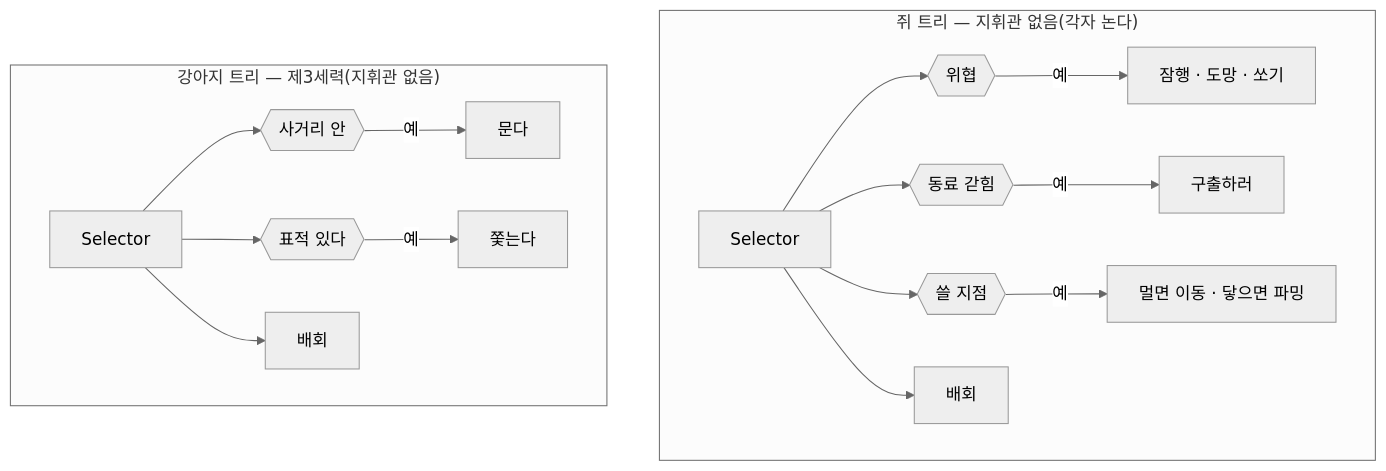
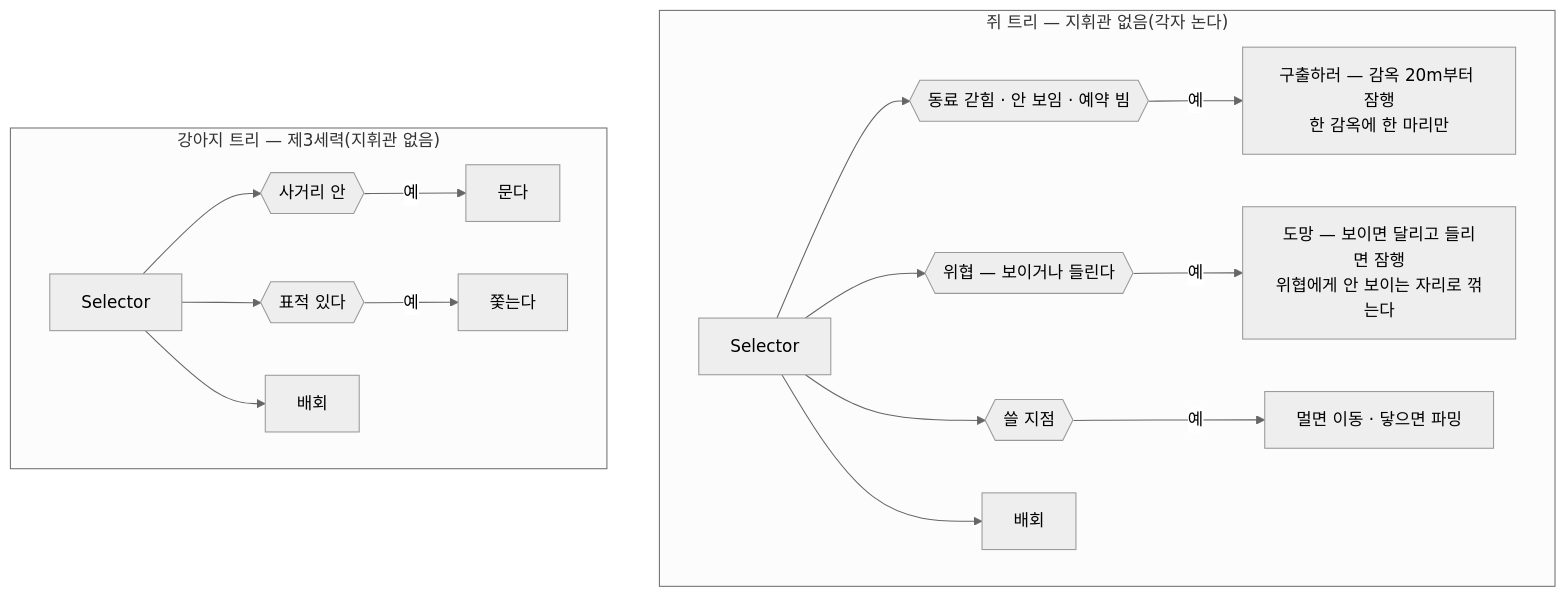
One commit to JeahanPark/The-Cheese-Thief-and-the-Cat changed diagram 11 of 17 in CTC/docs/design-vault/코드 다이어그램.md. Above: the diagram before and after it, drawn with Mermaid (neutral theme). The commit also changed 10 other files, not shown here.

````diff
--- a/CTC/docs/design-vault/코드 다이어그램.md
+++ b/CTC/docs/design-vault/코드 다이어그램.md
@@ -492,20 +492,20 @@
 ```mermaid
 flowchart TB
     subgraph 쥐["쥐 트리 — 지휘관 없음(각자 논다)"]
-        Root[Selector] --> T{{위협}}
-        T -->|예| TA[잠행 · 도망 · 쏘기]
-        Root --> J{{동료 갇힘}}
-        J -->|예| JA[구출하러]
+        Root[Selector] --> J{{동료 갇힘 · 안 보임 · 예약 빔}}
+        J -->|예| JA[구출하러 — 감옥 20m부터 잠행<br/>한 감옥에 한 마리만]
+        Root --> T{{위협 — 보이거나 들린다}}
+        T -->|예| TA[도망 — 보이면 달리고 들리면 잠행<br/>위협에게 안 보이는 자리로 꺾는다]
         Root --> S{{쓸 지점}}
         S -->|예| SA[멀면 이동 · 닿으면 파밍]
         Root --> WW[배회]
     end
 
     subgraph 강아지["강아지 트리 — 제3세력(지휘관 없음)"]
         DRoot[Selector] --> DB{{사거리 안}}
         DB -->|예| DBA[문다]
         DRoot --> DC{{표적 있다}}
         DC -->|예| DCA[쫓는다]
         DRoot --> DR[배회]
     end
 ```
````
